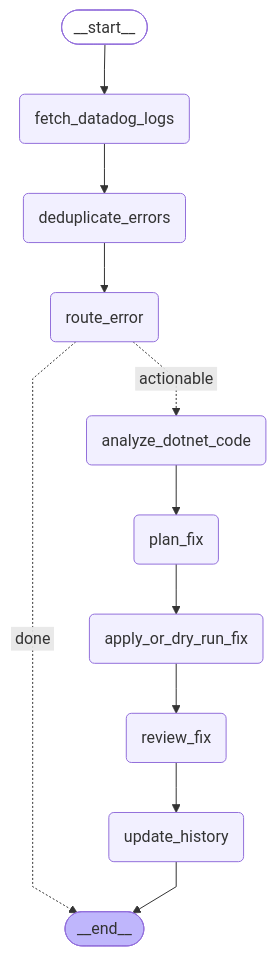
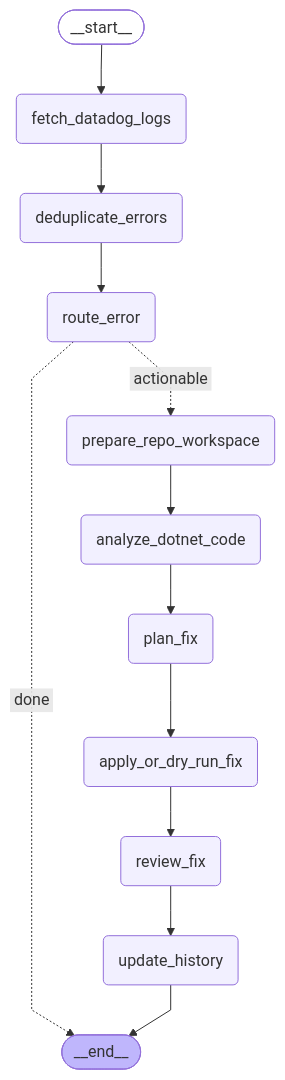
One commit to Vishwa-Savandkar/LogScrapper changed the diagram in data/workflow-graph.mmd. Above: the diagram before and after it, drawn with Mermaid. The commit also changed 7 other files, not shown here.

```diff
--- a/data/workflow-graph.mmd
+++ b/data/workflow-graph.mmd
@@ -1,29 +1,31 @@
 ---
 config:
   flowchart:
     curve: linear
 ---
 graph TD;
 	__start__([<p>__start__</p>]):::first
 	fetch_datadog_logs(fetch_datadog_logs)
 	deduplicate_errors(deduplicate_errors)
 	route_error(route_error)
+	prepare_repo_workspace(prepare_repo_workspace)
 	analyze_dotnet_code(analyze_dotnet_code)
 	plan_fix(plan_fix)
 	apply_or_dry_run_fix(apply_or_dry_run_fix)
 	review_fix(review_fix)
 	update_history(update_history)
 	__end__([<p>__end__</p>]):::last
 	__start__ --> fetch_datadog_logs;
 	analyze_dotnet_code --> plan_fix;
 	apply_or_dry_run_fix --> review_fix;
 	deduplicate_errors --> route_error;
 	fetch_datadog_logs --> deduplicate_errors;
 	plan_fix --> apply_or_dry_run_fix;
+	prepare_repo_workspace --> analyze_dotnet_code;
 	review_fix --> update_history;
 	route_error -. &nbsp;done&nbsp; .-> __end__;
-	route_error -. &nbsp;actionable&nbsp; .-> analyze_dotnet_code;
+	route_error -. &nbsp;actionable&nbsp; .-> prepare_repo_workspace;
 	update_history --> __end__;
 	classDef default fill:#f2f0ff,line-height:1.2
 	classDef first fill-opacity:0
 	classDef last fill:#bfb6fc
```
